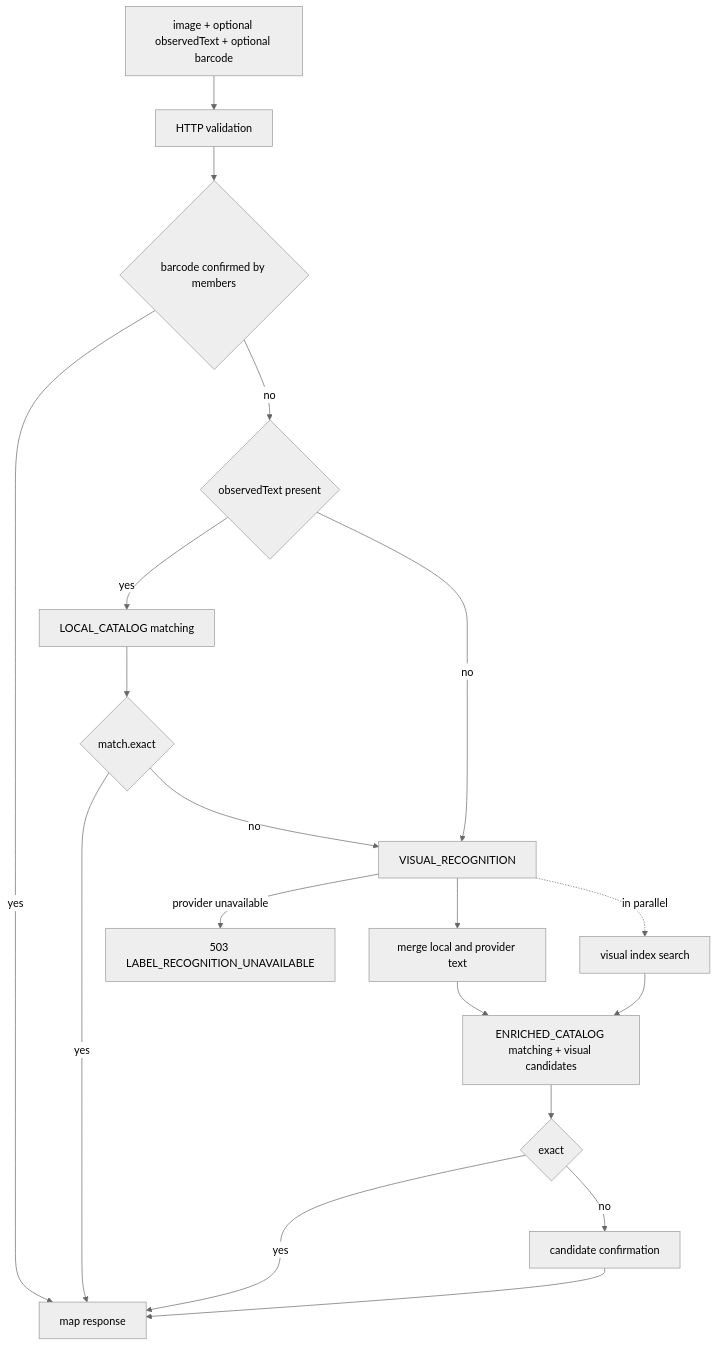
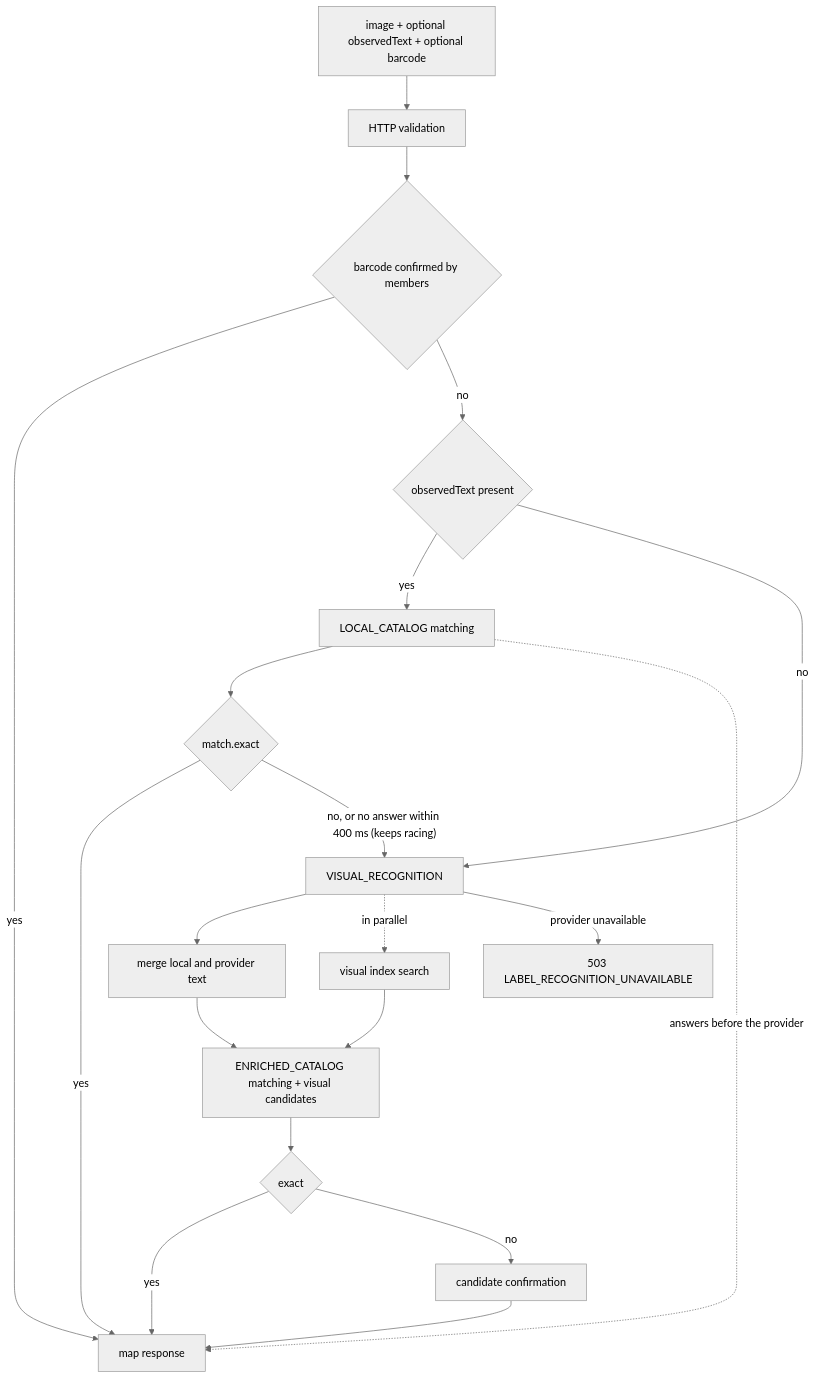
One commit to Bielaszczuk/vinnot-demo changed the fifth of 10 diagrams in docs/en/modules/wines/architecture.md. Above: the diagram before and after it, drawn with Mermaid (neutral theme). The commit also changed other lines of this file and 12 other files, not shown here.

````diff
--- a/docs/en/modules/wines/architecture.md
+++ b/docs/en/modules/wines/architecture.md
@@ -201,21 +201,22 @@
 ```mermaid
 flowchart TD
     HTTP["image + optional observedText + optional barcode"] --> VALIDATE["HTTP validation"]
     VALIDATE --> BARCODE{"barcode confirmed by members"}
     BARCODE -->|yes| RETURN
     BARCODE -->|no| OCR{"observedText present"}
     OCR -->|yes| LOCAL["LOCAL_CATALOG matching"]
     LOCAL --> EXACT{"match.exact"}
     EXACT -->|yes| RETURN["map response"]
-    EXACT -->|no| VISION["VISUAL_RECOGNITION"]
+    EXACT -->|"no, or no answer within 400 ms (keeps racing)"| VISION["VISUAL_RECOGNITION"]
+    LOCAL -.->|"answers before the provider"| RETURN
     OCR -->|no| VISION
     VISION --> MERGE["merge local and provider text"]
     VISION -.->|in parallel| VISUAL["visual index search"]
     MERGE --> CATALOG["ENRICHED_CATALOG matching + visual candidates"]
     VISUAL --> CATALOG
     CATALOG --> VERIFY{"exact"}
     VERIFY -->|yes| RETURN
     VERIFY -->|no| PICK["candidate confirmation"]
     PICK --> RETURN
     VISION -->|provider unavailable| ERROR["503 LABEL_RECOGNITION_UNAVAILABLE"]
 ```
````
